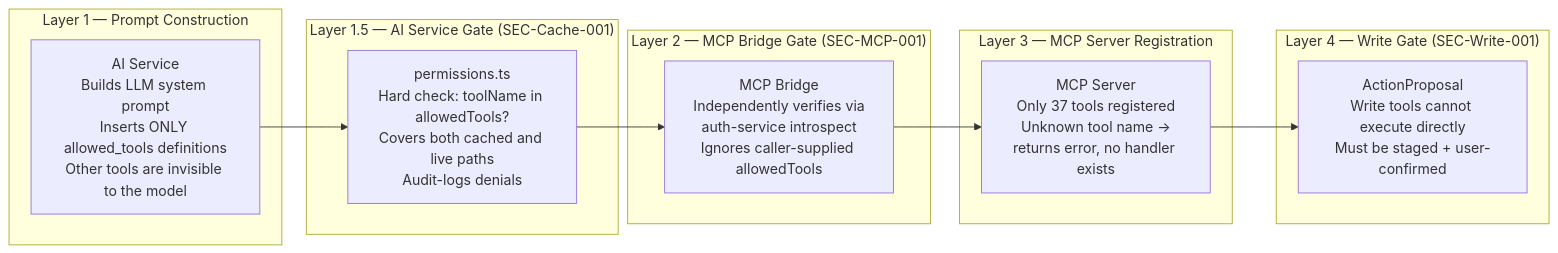
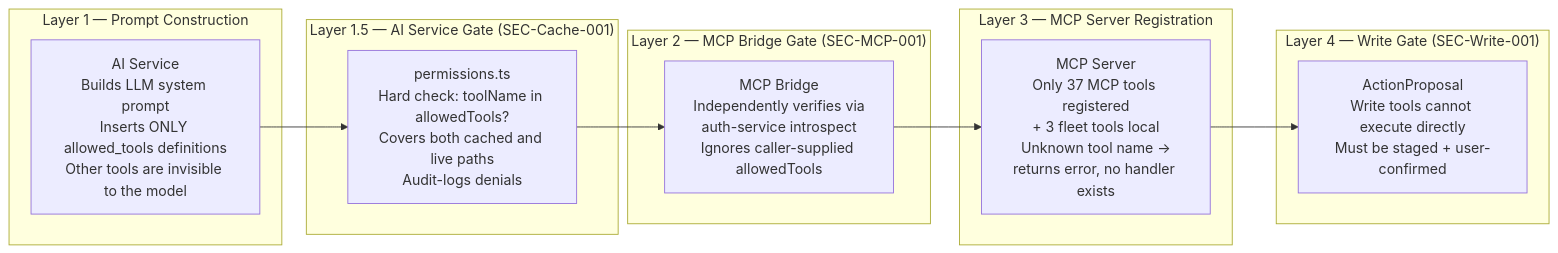
Diagram 17 of 23 in DattoLLM-main/docs/ARCHITECTURE.md (impie0/dattobrain), drawn with Mermaid before and after one commit. The commit also changed other lines of this file and 50 other files, not shown here.

````diff
--- a/DattoLLM-main/docs/ARCHITECTURE.md
+++ b/DattoLLM-main/docs/ARCHITECTURE.md
@@ -1078,19 +1085,19 @@
 ```mermaid
 flowchart LR
     subgraph "Layer 1 — Prompt Construction"
         P1["AI Service\nBuilds LLM system prompt\nInserts ONLY allowed_tools definitions\nOther tools are invisible to the model"]
     end
     subgraph "Layer 1.5 — AI Service Gate (SEC-Cache-001)"
         P15["permissions.ts\nHard check: toolName in allowedTools?\nCovers both cached and live paths\nAudit-logs denials"]
     end
     subgraph "Layer 2 — MCP Bridge Gate (SEC-MCP-001)"
         P2["MCP Bridge\nIndependently verifies via\nauth-service introspect\nIgnores caller-supplied allowedTools"]
     end
     subgraph "Layer 3 — MCP Server Registration"
-        P3["MCP Server\nOnly 37 tools registered\nUnknown tool name →\nreturns error, no handler exists"]
+        P3["MCP Server\nOnly 37 MCP tools registered\n+ 3 fleet tools local\nUnknown tool name →\nreturns error, no handler exists"]
     end
     subgraph "Layer 4 — Write Gate (SEC-Write-001)"
         P4["ActionProposal\nWrite tools cannot execute directly\nMust be staged + user-confirmed"]
     end
     P1 --> P15 --> P2 --> P3 --> P4
 ```
````
